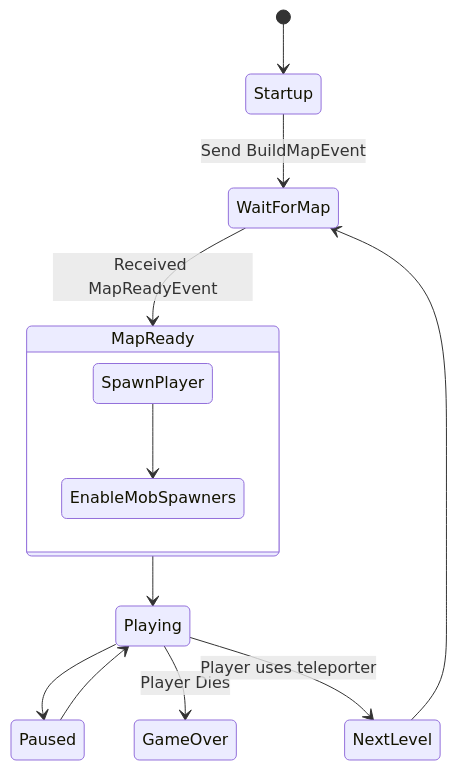
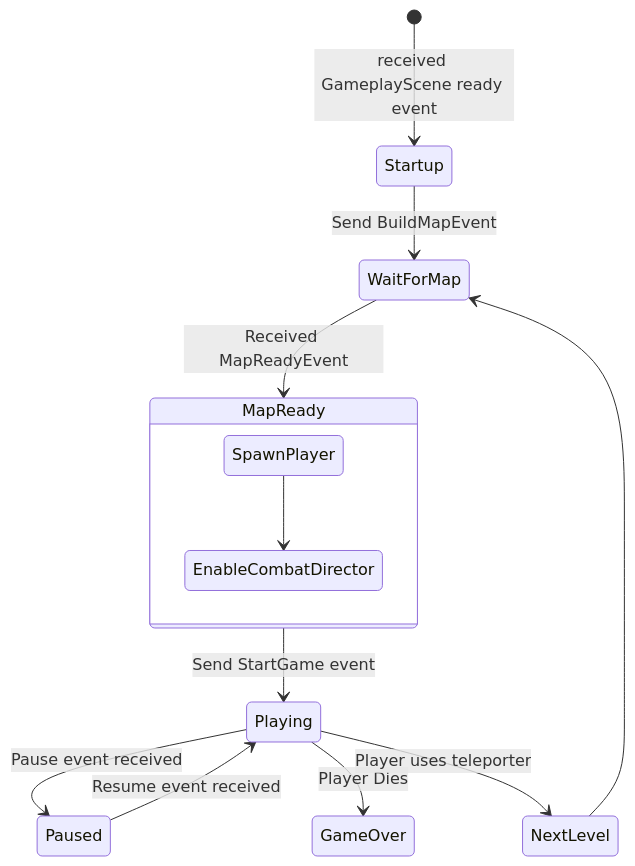
One commit to cephen/foxglove changed the diagram in Foxglove/Assets/Scripts/Systems/Gameplay/README.md. Above: the diagram before and after it, drawn with Mermaid. The commit also changed 1 other file, not shown here.

Commit message:
Send StartGame event when transitioning from MapReady to Playing

````diff
--- a/Foxglove/Assets/Scripts/Systems/Gameplay/README.md
+++ b/Foxglove/Assets/Scripts/Systems/Gameplay/README.md
@@ -7,16 +7,16 @@
 ```mermaid
 stateDiagram-v2
 direction TB
-    [*] --> Startup
+    [*] --> Startup : received GameplayScene ready event
     Startup --> WaitForMap : Send BuildMapEvent
     WaitForMap --> MapReady : Received MapReadyEvent
-    MapReady --> Playing
-    Playing --> Paused
-    Paused --> Playing
+    MapReady --> Playing : Send StartGame event
+    Playing --> Paused : Pause event received
+    Paused --> Playing : Resume event received
     Playing --> GameOver : Player Dies
     Playing --> NextLevel : Player uses teleporter
     NextLevel --> WaitForMap
     state MapReady {
-        SpawnPlayer --> EnableMobSpawners
+        SpawnPlayer --> EnableCombatDirector
     }
 ```
````
